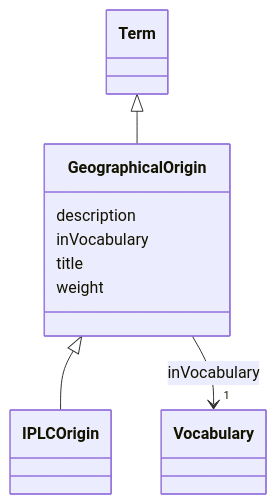
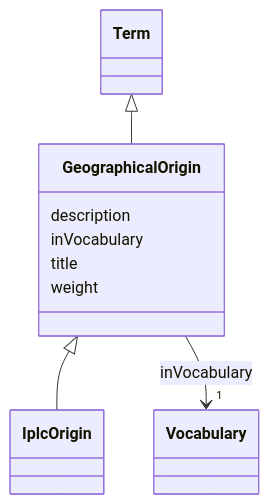
Before and after one commit to EVORA-project/evora-ontology: the diagram in models/docs/GeographicalOrigin.md, drawn with Mermaid. The commit also changed other lines of this file and 650 other files, not shown here.

````diff
--- a/models/docs/GeographicalOrigin.md
+++ b/models/docs/GeographicalOrigin.md
@@ -19,29 +19,29 @@
 ```mermaid
  classDiagram
     class GeographicalOrigin
     click GeographicalOrigin href "../GeographicalOrigin"
       Term <|-- GeographicalOrigin
         click Term href "../Term"
       
 
-      GeographicalOrigin <|-- IPLCOrigin
-        click IPLCOrigin href "../IPLCOrigin"
+      GeographicalOrigin <|-- IplcOrigin
+        click IplcOrigin href "../IplcOrigin"
       
       
       GeographicalOrigin : description
         
       GeographicalOrigin : inVocabulary
         
           
     
     
     GeographicalOrigin --> "1" Vocabulary : inVocabulary
     click Vocabulary href "../Vocabulary"
 
         
       GeographicalOrigin : title
         
       GeographicalOrigin : weight
         
       
 ```
````
